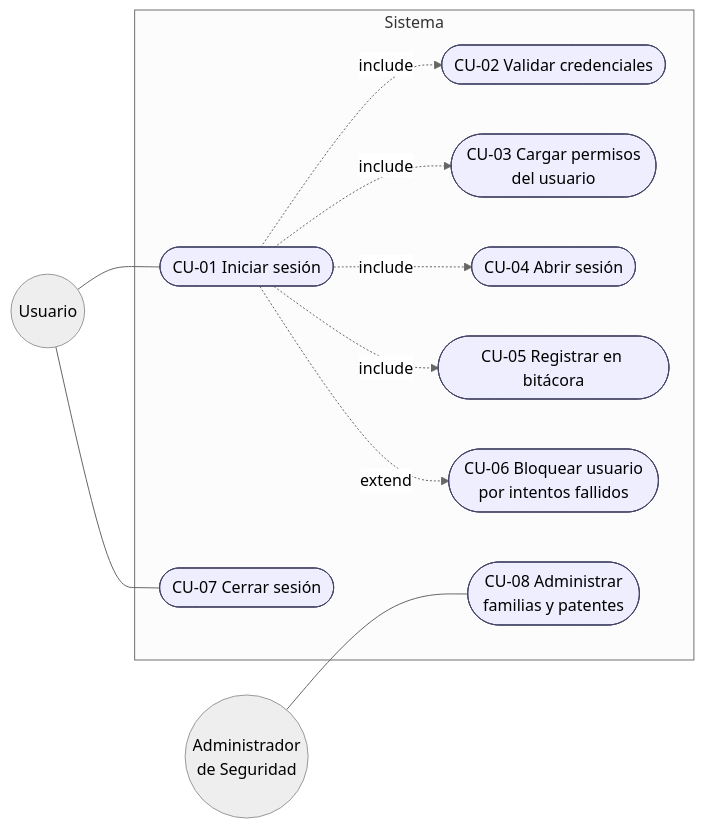
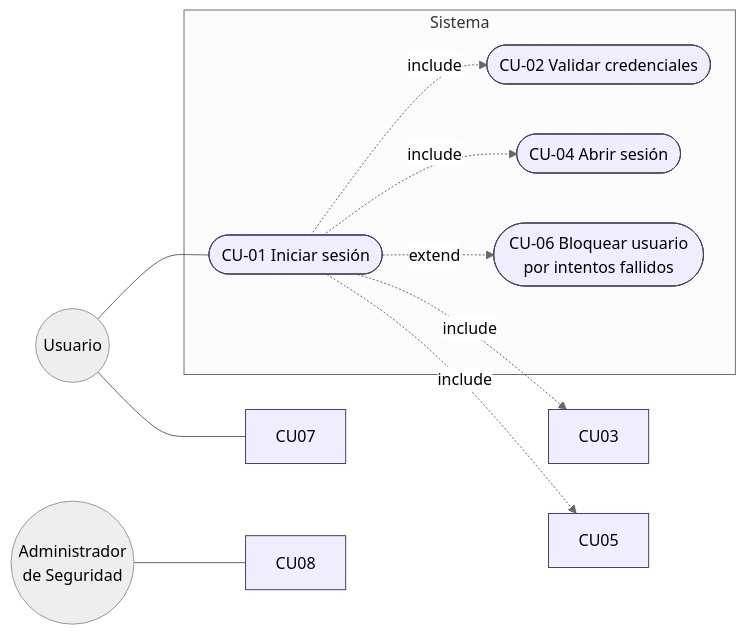
One commit to UAINahueLeandroDefeudi/uai-ing-soft changed the diagram in docs/ERS - Especificación de Requerimientos Software/CU - Casos de uso/CU-login.md. Above: the diagram before and after it, drawn with Mermaid (neutral theme). The commit also changed 14 other files, not shown here.

````diff
--- a/docs/ERS - Especificación de Requerimientos Software/CU - Casos de uso/CU-login.md
+++ b/docs/ERS - Especificación de Requerimientos Software/CU - Casos de uso/CU-login.md
@@ -5,29 +5,25 @@
 ```mermaid
 flowchart LR
     U((Usuario))
     A((Administrador<br/>de Seguridad))
 
     subgraph SISTEMA[Sistema]
         CU01(["CU-01 Iniciar sesión"])
         CU02(["CU-02 Validar credenciales"])
-        CU03(["CU-03 Cargar permisos<br/>del usuario"])
         CU04(["CU-04 Abrir sesión"])
-        CU05(["CU-05 Registrar en bitácora"])
         CU06(["CU-06 Bloquear usuario<br/>por intentos fallidos"])
-        CU07(["CU-07 Cerrar sesión"])
-        CU08(["CU-08 Administrar<br/>familias y patentes"])
     end
 
     U --- CU01
     U --- CU07
     A --- CU08
 
     CU01 -.->|include| CU02
     CU01 -.->|include| CU03
     CU01 -.->|include| CU04
     CU01 -.->|include| CU05
     CU01 -.->|extend| CU06
 
     classDef cu fill:#eef,stroke:#446,stroke-width:1px
     class CU01,CU02,CU03,CU04,CU05,CU06,CU07,CU08 cu
 ```
````
